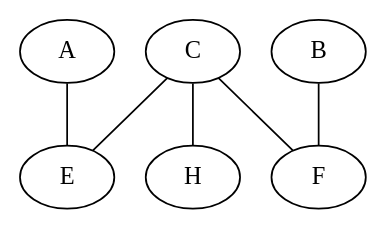
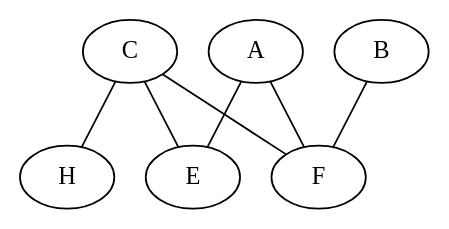
One commit to ctkawa/iegbuah changed the diagram in grafo2.dot. Above: the diagram before and after it, drawn with Graphviz. The commit also changed 2 other files, not shown here.

```diff
--- a/grafo2.dot
+++ b/grafo2.dot
@@ -1,17 +1,17 @@
 graph G {
 	subgraph X {
 		A; B; C;
 	};
 
 	subgraph Y {
 		E; F; H;
 	};
 
 	subgraph M {
-		
+		A--F; C--E;
 	};
 	
 	A; B; C; E; F; H;
-	A--E; B--F; C--F; C--E; C--H;
+	A--E; B--F; C--F; C--H;
 	
 }
```
